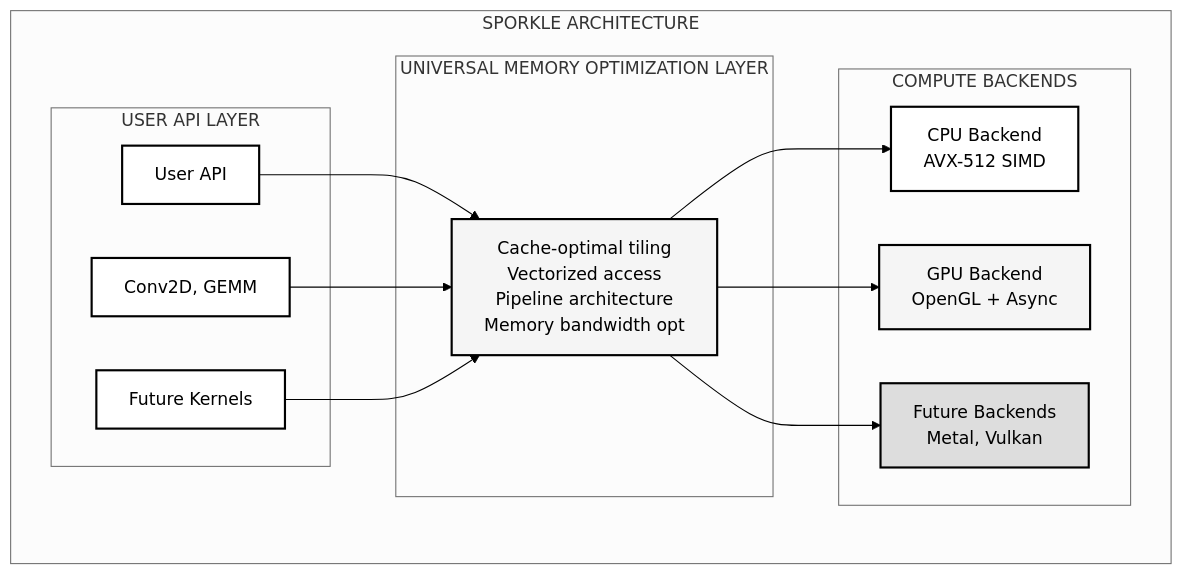
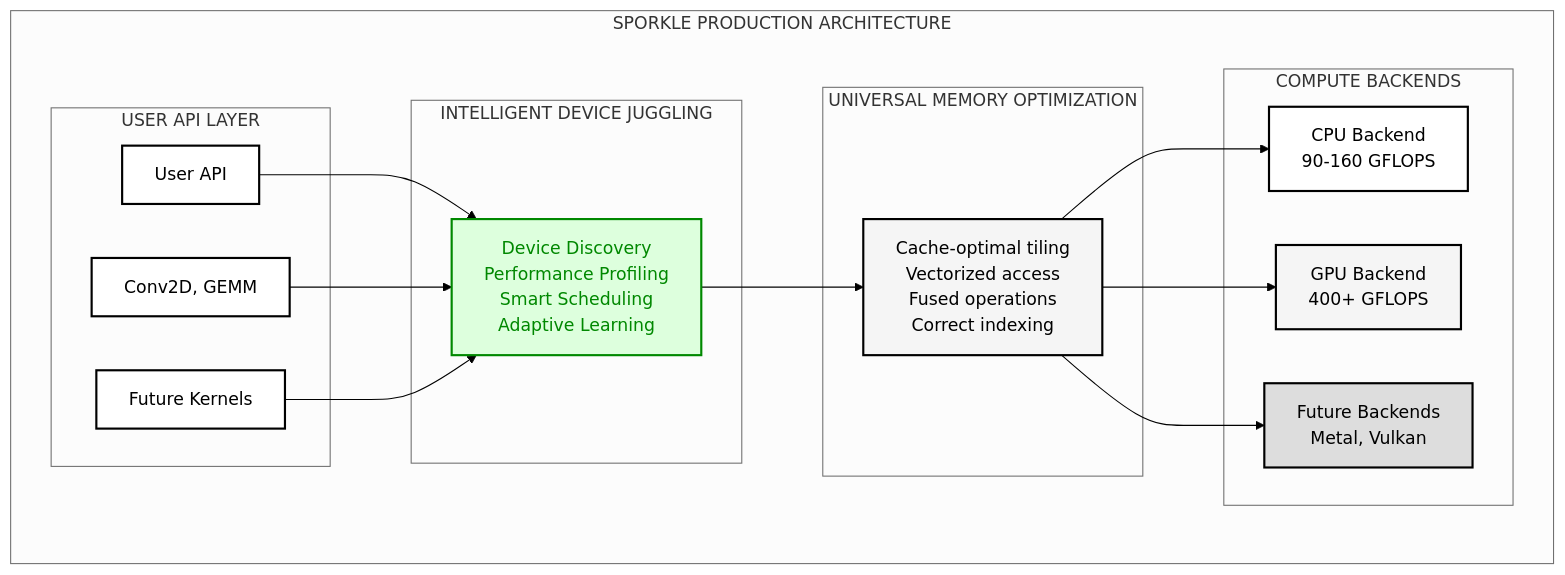
One commit to LynnColeArt/sparkle changed the third of 3 diagrams in README.md. Above: the diagram before and after it, drawn with Mermaid. The commit also changed other lines of this file and 31 other files, not shown here.

First line of the commit message:
feat: Intelligent device juggling with production CPU/GPU backends

````diff
--- a/README.md
+++ b/README.md
@@ -64,32 +75,38 @@
 ```mermaid
 %%{init: {'theme':'neutral', 'themeVariables': {'primaryColor':'#fff','primaryTextColor':'#000','primaryBorderColor':'#000','lineColor':'#000','secondaryColor':'#f5f5f5','tertiaryColor':'#ddd'}}}%%
 graph TB
-    subgraph Architecture["SPORKLE ARCHITECTURE"]
+    subgraph Architecture["SPORKLE PRODUCTION ARCHITECTURE"]
         subgraph API["USER API LAYER"]
             A1["User API"]:::white
             A2["Conv2D, GEMM"]:::white
             A3["Future Kernels"]:::white
         end
         
-        subgraph Memory["UNIVERSAL MEMORY OPTIMIZATION LAYER"]
-            M["Cache-optimal tiling<br/>Vectorized access<br/>Pipeline architecture<br/>Memory bandwidth opt"]:::light
+        subgraph Juggling["INTELLIGENT DEVICE JUGGLING"]
+            J["Device Discovery<br/>Performance Profiling<br/>Smart Scheduling<br/>Adaptive Learning"]:::green
+        end
+        
+        subgraph Memory["UNIVERSAL MEMORY OPTIMIZATION"]
+            M["Cache-optimal tiling<br/>Vectorized access<br/>Fused operations<br/>Correct indexing"]:::light
         end
         
         subgraph Backends["COMPUTE BACKENDS"]
-            B1["CPU Backend<br/>AVX-512 SIMD"]:::white
-            B2["GPU Backend<br/>OpenGL + Async"]:::light
+            B1["CPU Backend<br/>90-160 GFLOPS"]:::white
+            B2["GPU Backend<br/>400+ GFLOPS"]:::light
             B3["Future Backends<br/>Metal, Vulkan"]:::dark
         end
         
-        A1 --> M
-        A2 --> M
-        A3 --> M
+        A1 --> J
+        A2 --> J
+        A3 --> J
+        J --> M
         M --> B1
         M --> B2
         M --> B3
     end
     
     classDef white fill:#fff,stroke:#000,stroke-width:2px,color:#000
     classDef light fill:#f5f5f5,stroke:#000,stroke-width:2px,color:#000
     classDef dark fill:#ddd,stroke:#000,stroke-width:2px,color:#000
+    classDef green fill:#dfd,stroke:#080,stroke-width:2px,color:#080
 ```
````
